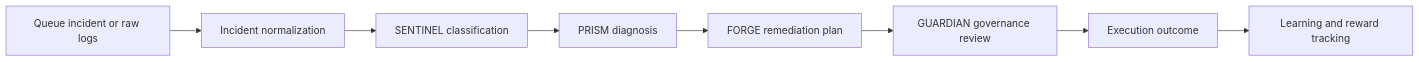
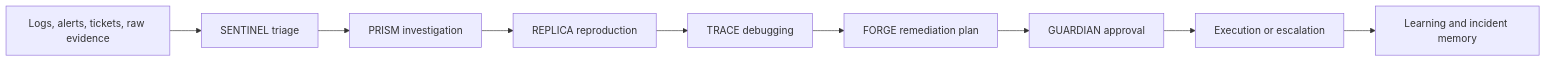
The first of 2 diagrams in README.md (kunalkachru/nexus-v2), drawn with Mermaid before and after one commit. The commit also changed other lines of this file and 10 other files, not shown here.

````diff
--- a/README.md
+++ b/README.md
@@ -97,10 +118,11 @@
 ```mermaid
 flowchart LR
-    A["Queue incident or raw logs"] --> B["Incident normalization"]
-    B --> C["SENTINEL classification"]
-    C --> D["PRISM diagnosis"]
-    D --> E["FORGE remediation plan"]
-    E --> F["GUARDIAN governance review"]
-    F --> G["Execution outcome"]
-    G --> H["Learning and reward tracking"]
+    A["Logs, alerts, tickets, raw evidence"] --> B["SENTINEL triage"]
+    B --> C["PRISM investigation"]
+    C --> D["REPLICA reproduction"]
+    D --> E["TRACE debugging"]
+    E --> F["FORGE remediation plan"]
+    F --> G["GUARDIAN approval"]
+    G --> H["Execution or escalation"]
+    H --> I["Learning and incident memory"]
 ```
````
